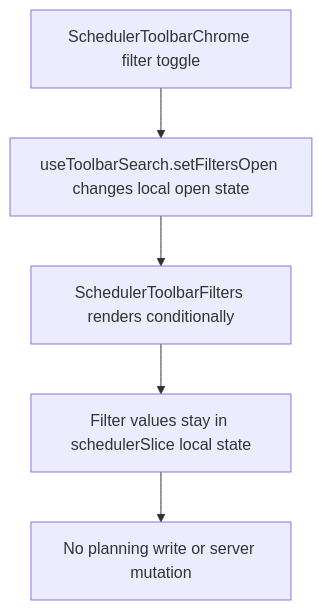
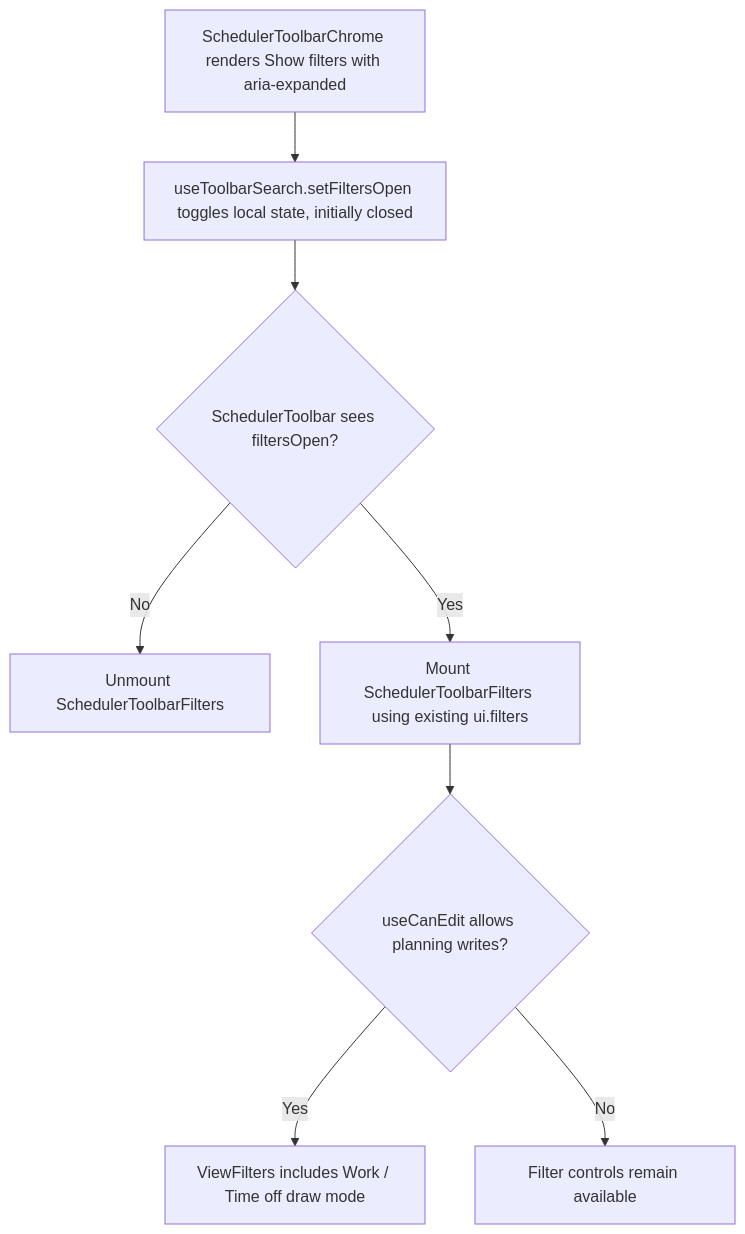
Before and after one commit to Kevinjohn/capacitylens: the second of 2 diagrams in user-stories/filters/US-FIL-09-toggle-filter-row.md, drawn with Mermaid. The commit also changed other lines of this file and 172 other files, not shown here.

Commit message:
docs: reconcile user story code flows with source

````diff
--- a/user-stories/filters/US-FIL-09-toggle-filter-row.md
+++ b/user-stories/filters/US-FIL-09-toggle-filter-row.md
@@ -33,7 +33,10 @@
 ```mermaid
 flowchart TD
-  A["SchedulerToolbarChrome filter toggle"] --> B["useToolbarSearch.setFiltersOpen changes local open state"]
-  B --> C["SchedulerToolbarFilters renders conditionally"]
-  C --> D["Filter values stay in schedulerSlice local state"]
-  D --> E["No planning write or server mutation"]
+  CHROME["SchedulerToolbarChrome renders Show filters with aria-expanded"] --> TOGGLE["useToolbarSearch.setFiltersOpen toggles local state, initially closed"]
+  TOGGLE --> OPEN{"SchedulerToolbar sees filtersOpen?"}
+  OPEN -->|No| HIDE["Unmount SchedulerToolbarFilters"]
+  OPEN -->|Yes| SHOW["Mount SchedulerToolbarFilters using existing ui.filters"]
+  SHOW --> EDIT{"useCanEdit allows planning writes?"}
+  EDIT -->|Yes| DRAW["ViewFilters includes Work / Time off draw mode"]
+  EDIT -->|No| FILTERS["Filter controls remain available"]
 ```
````
